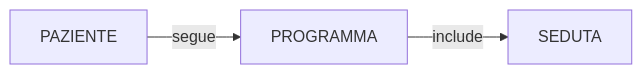
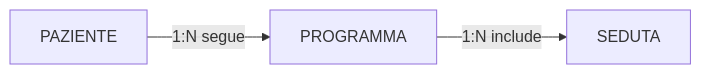
Before and after one commit to lucadagati/Lab_Fondamenti_di_Informatica_25_26: the first of 5 diagrams in 08-progettazione-er/esercizi/01-esercizio-palestra-riabilitativa.md, drawn with Mermaid. The commit also changed other lines of this file and 60 other files, not shown here.

Commit message:
Add Chen ER step-by-step draw.io diagrams and fix layout

````diff
--- a/08-progettazione-er/esercizi/01-esercizio-palestra-riabilitativa.md
+++ b/08-progettazione-er/esercizi/01-esercizio-palestra-riabilitativa.md
@@ -58,5 +58,5 @@
 ```mermaid
 flowchart LR
-    P[PAZIENTE] -->|segue| PR[PROGRAMMA]
-    PR -->|include| S[SEDUTA]
+    P[PAZIENTE] -->|1:N segue| PR[PROGRAMMA]
+    PR -->|1:N include| S[SEDUTA]
 ```
````
